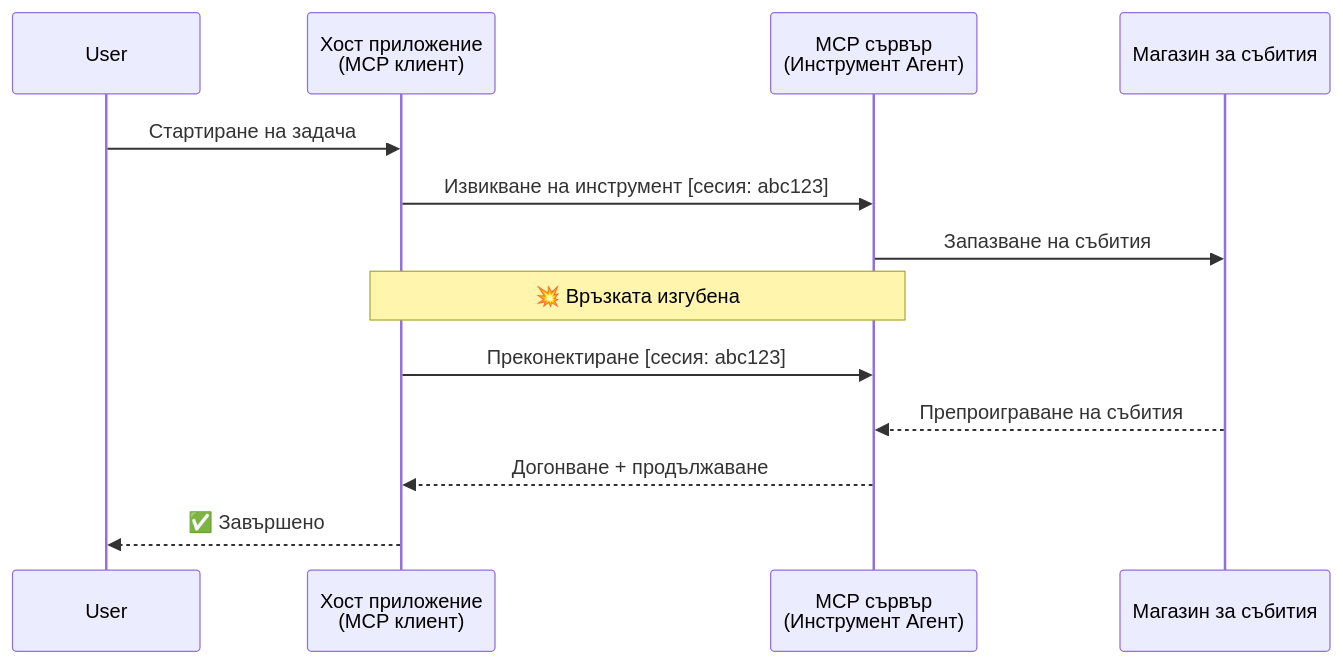
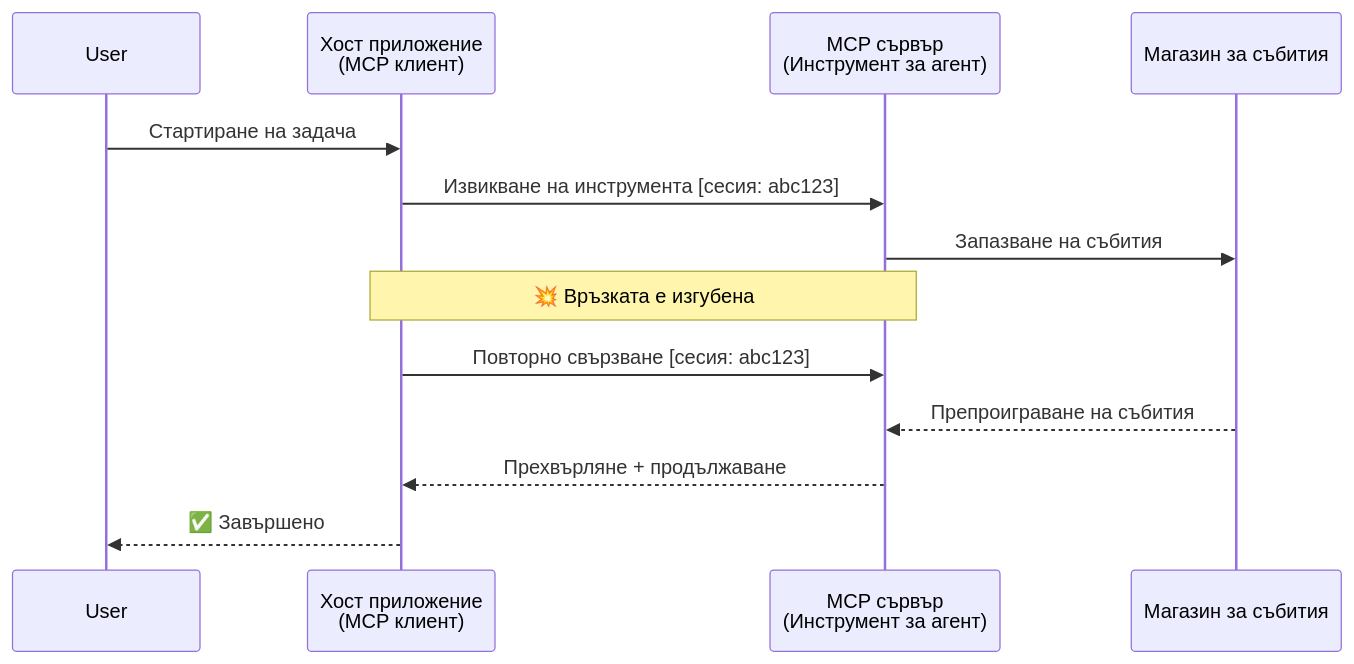
The second of 5 diagrams in mirrors/repos/microsoft@ai-agents-for-beginners/translations/bg/11-agentic-protocols/code_samples/mcp-agents/README.md (gabrielmoreira/agent-skills-mirror), drawn with Mermaid before and after one commit. The commit also changed other lines of this file and 4262 other files, not shown here.

````diff
--- a/mirrors/repos/microsoft@ai-agents-for-beginners/translations/bg/11-agentic-protocols/code_samples/mcp-agents/README.md
+++ b/mirrors/repos/microsoft@ai-agents-for-beginners/translations/bg/11-agentic-protocols/code_samples/mcp-agents/README.md
@@ -82,18 +82,18 @@
 ```mermaid
 sequenceDiagram
     participant User
     participant Host as Хост приложение<br/>(MCP клиент)
-    participant Server as MCP сървър<br/>(Инструмент Агент)
+    participant Server as MCP сървър<br/>(Инструмент за агент)
     participant Store as Магазин за събития
 
     User->>Host: Стартиране на задача
-    Host->>Server: Извикване на инструмент [сесия: abc123]
+    Host->>Server: Извикване на инструмента [сесия: abc123]
     Server->>Store: Запазване на събития
 
-    Note over Host,Server: 💥 Връзката изгубена
+    Note over Host,Server: 💥 Връзката е изгубена
 
-    Host->>Server: Преконектиране [сесия: abc123]
+    Host->>Server: Повторно свързване [сесия: abc123]
     Store-->>Server: Препроиграване на събития
-    Server-->>Host: Догонване + продължаване
+    Server-->>Host: Прехвърляне + продължаване
     Host-->>User: ✅ Завършено
 ```
````
